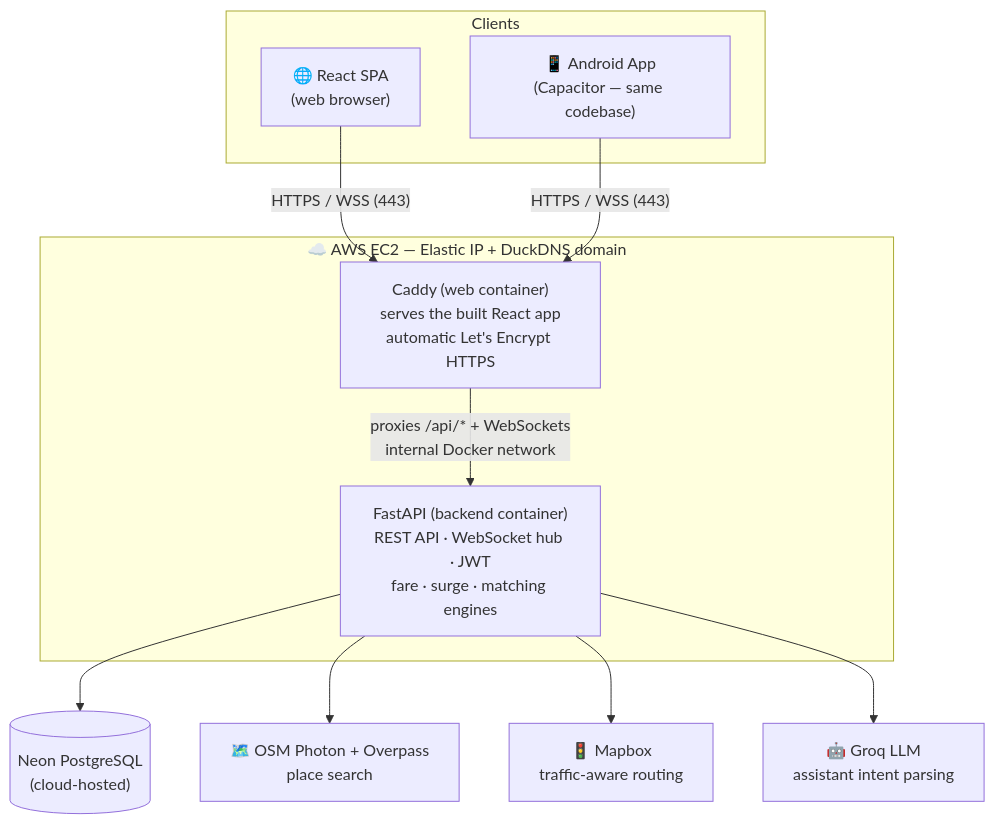
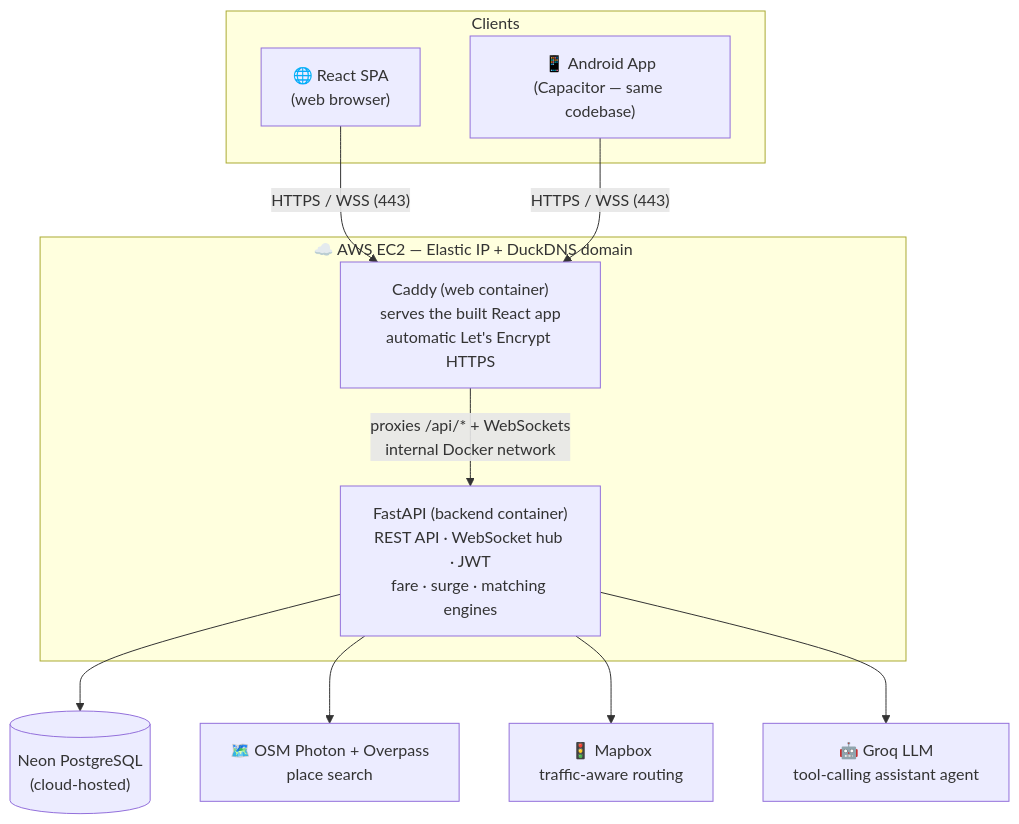
The first of 2 diagrams in README.md (modhudeb/ACITS-Ride-Sharing-App), drawn with Mermaid before and after one commit. The commit also changed other lines of this file, not shown here.

Commit message:
docs: explain how routing, fare, surge, matching and the AI agent are implemented

````diff
--- a/README.md
+++ b/README.md
@@ -179,26 +269,26 @@
 ```mermaid
 flowchart TB
     subgraph clients["Clients"]
         WEB["🌐 React SPA<br/>(web browser)"]
         APK["📱 Android App<br/>(Capacitor — same codebase)"]
     end
 
     subgraph aws["☁️ AWS EC2 — Elastic IP + DuckDNS domain"]
         CADDY["Caddy (web container)<br/>serves the built React app<br/>automatic Let's Encrypt HTTPS"]
         API["FastAPI (backend container)<br/>REST API · WebSocket hub · JWT<br/>fare · surge · matching engines"]
         CADDY -->|"proxies /api/* + WebSockets<br/>internal Docker network"| API
     end
 
     WEB -->|"HTTPS / WSS (443)"| CADDY
     APK -->|"HTTPS / WSS (443)"| CADDY
 
     DB[("Neon PostgreSQL<br/>(cloud-hosted)")]
     GEO["🗺️ OSM Photon + Overpass<br/>place search"]
     MAPBOX["🚦 Mapbox<br/>traffic-aware routing"]
-    LLM["🤖 Groq LLM<br/>assistant intent parsing"]
+    LLM["🤖 Groq LLM<br/>tool-calling assistant agent"]
 
     API --> DB
     API --> GEO
     API --> MAPBOX
     API --> LLM
 ```
````
